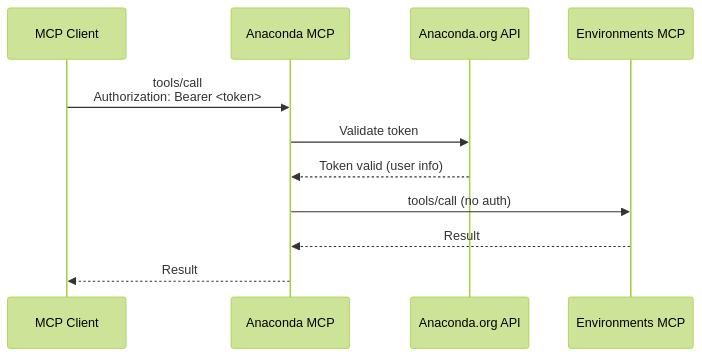
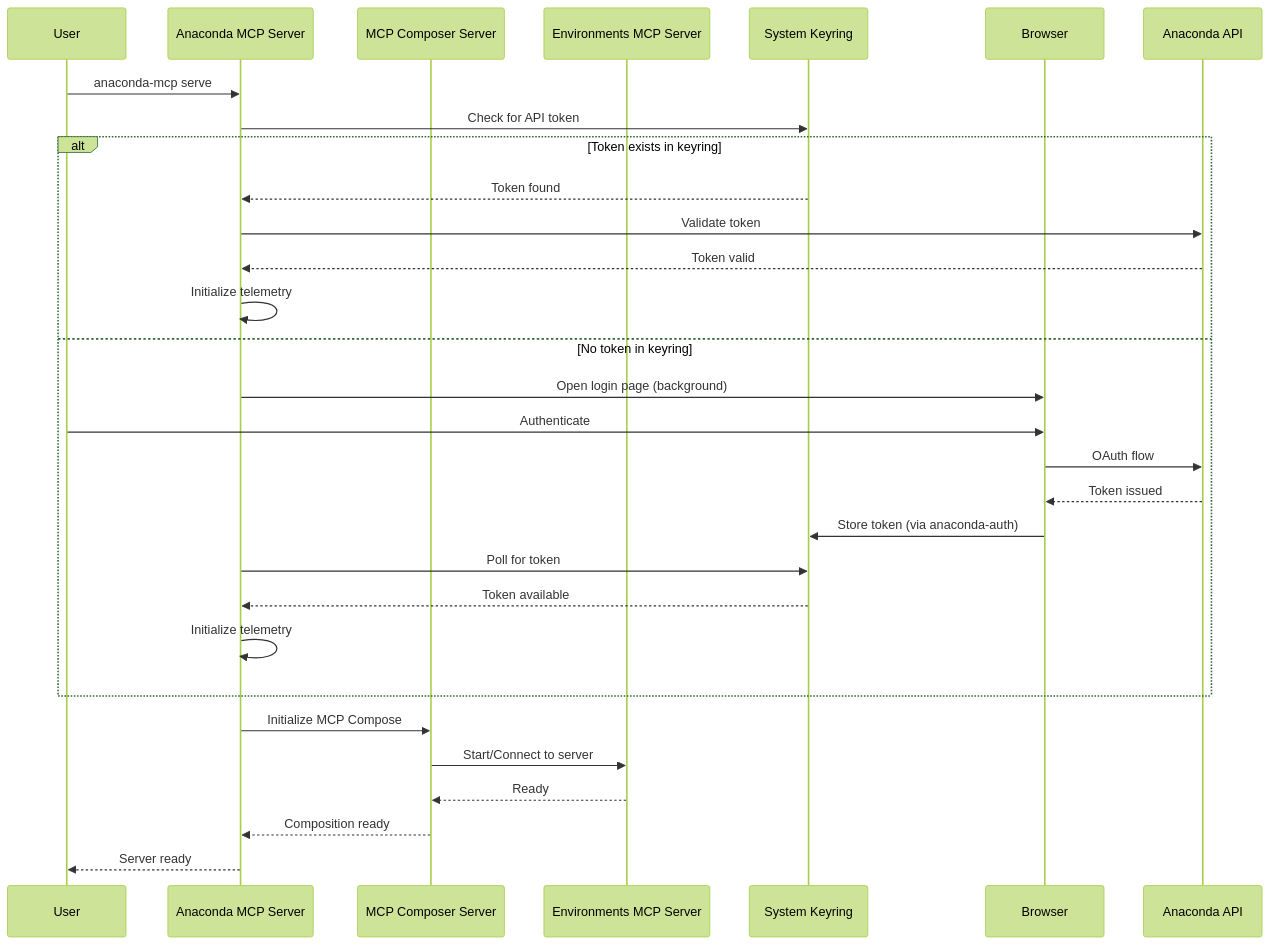
One commit to anaconda/anaconda-mcp changed the fourth of 6 diagrams in docs/ARCHITECTURE.md. Above: the diagram before and after it, drawn with Mermaid (forest theme). The commit also changed other lines of this file, not shown here.

Commit message:
docs: fixes for the architecture document

````diff
--- a/docs/ARCHITECTURE.md
+++ b/docs/ARCHITECTURE.md
@@ -173,14 +172,35 @@
 ```mermaid
 sequenceDiagram
-    participant Client as MCP Client
-    participant Gateway as Anaconda MCP
-    participant Anaconda as Anaconda.org API
-    participant Server as Environments MCP
+    participant User
+    participant Anaconda as Anaconda MCP Server
+    participant Composer as MCP Composer Server
+    participant ENV as Environments MCP Server
+    participant Keyring as System Keyring
+    participant Browser
+    participant API as Anaconda API
 
-    Client->>Gateway: tools/call<br/>Authorization: Bearer <token>
-    Gateway->>Anaconda: Validate token
-    Anaconda-->>Gateway: Token valid (user info)
-    Gateway->>Server: tools/call (no auth)
-    Server-->>Gateway: Result
-    Gateway-->>Client: Result
+    User->>Anaconda: anaconda-mcp serve
+    Anaconda->>Keyring: Check for API token
+    
+    alt Token exists in keyring
+        Keyring-->>Anaconda: Token found
+        Anaconda->>API: Validate token
+        API-->>Anaconda: Token valid
+        Anaconda->>Anaconda: Initialize telemetry
+    else No token in keyring
+        Anaconda->>Browser: Open login page (background)
+        User->>Browser: Authenticate
+        Browser->>API: OAuth flow
+        API-->>Browser: Token issued
+        Browser->>Keyring: Store token (via anaconda-auth)
+        Anaconda->>Keyring: Poll for token
+        Keyring-->>Anaconda: Token available
+        Anaconda->>Anaconda: Initialize telemetry
+    end
+    
+    Anaconda->>Composer: Initialize MCP Compose
+    Composer->>ENV: Start/Connect to server
+    ENV-->>Composer: Ready
+    Composer-->>Anaconda: Composition ready
+    Anaconda-->>User: Server ready
 ```
````
